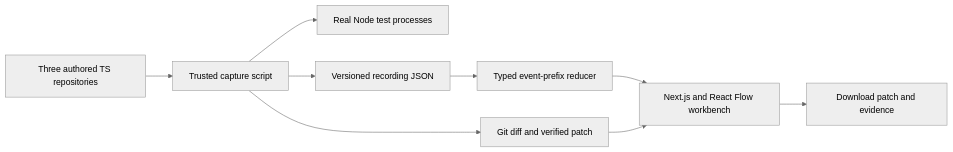
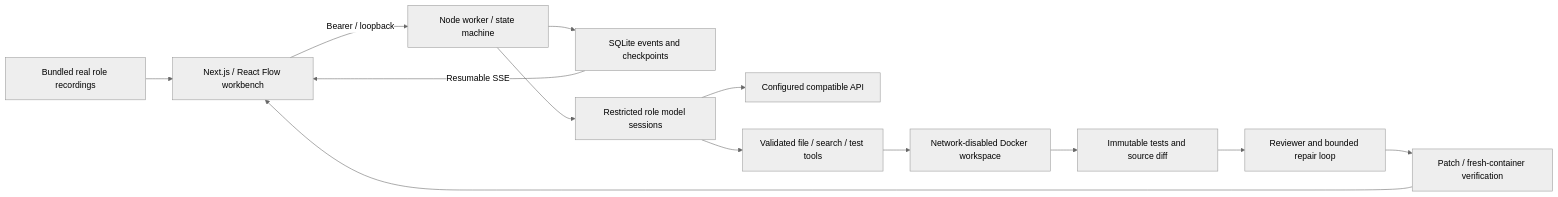
Before and after one commit to Tomhao10225101490/DevSquad-GenHacks: the diagram in README.md, drawn with Mermaid (neutral theme). The commit also changed other lines of this file and 32 other files, not shown here.

Commit message:
polish live role layout and keyboard flow, document the verified demo

````diff
--- a/README.md
+++ b/README.md
@@ -80,11 +60,15 @@
 ```mermaid
 flowchart LR
-  Samples[Three authored TS repositories] --> Capture[Trusted capture script]
-  Capture --> Tests[Real Node test processes]
-  Capture --> Patch[Git diff and verified patch]
-  Capture --> Recording[Versioned recording JSON]
-  Recording --> Reducer[Typed event-prefix reducer]
-  Reducer --> UI[Next.js and React Flow workbench]
+  Replay[Bundled real role recordings] --> UI[Next.js / React Flow workbench]
+  UI -->|Bearer / loopback| Worker[Node worker / state machine]
+  Worker --> DB[SQLite events and checkpoints]
+  DB -->|Resumable SSE| UI
+  Worker --> Roles[Restricted role model sessions]
+  Roles --> Provider[Configured compatible API]
+  Roles --> Tools[Validated file / search / test tools]
+  Tools --> Container[Network-disabled Docker workspace]
+  Container --> Tests[Immutable tests and source diff]
+  Tests --> Review[Reviewer and bounded repair loop]
+  Review --> Patch[Patch / fresh-container verification]
   Patch --> UI
-  UI --> Export[Download patch and evidence]
 ```
````
